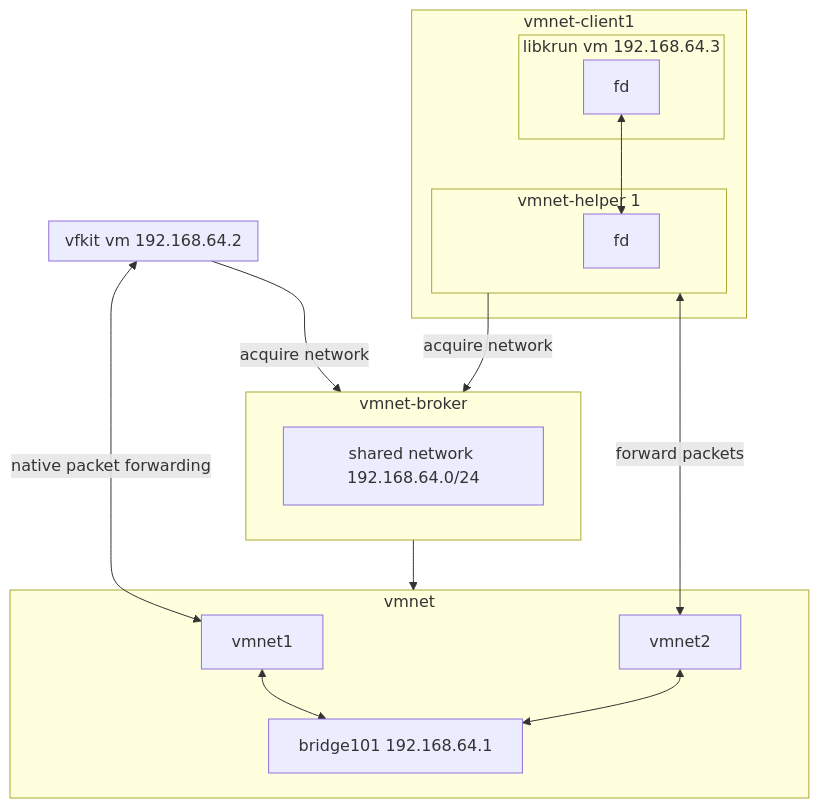
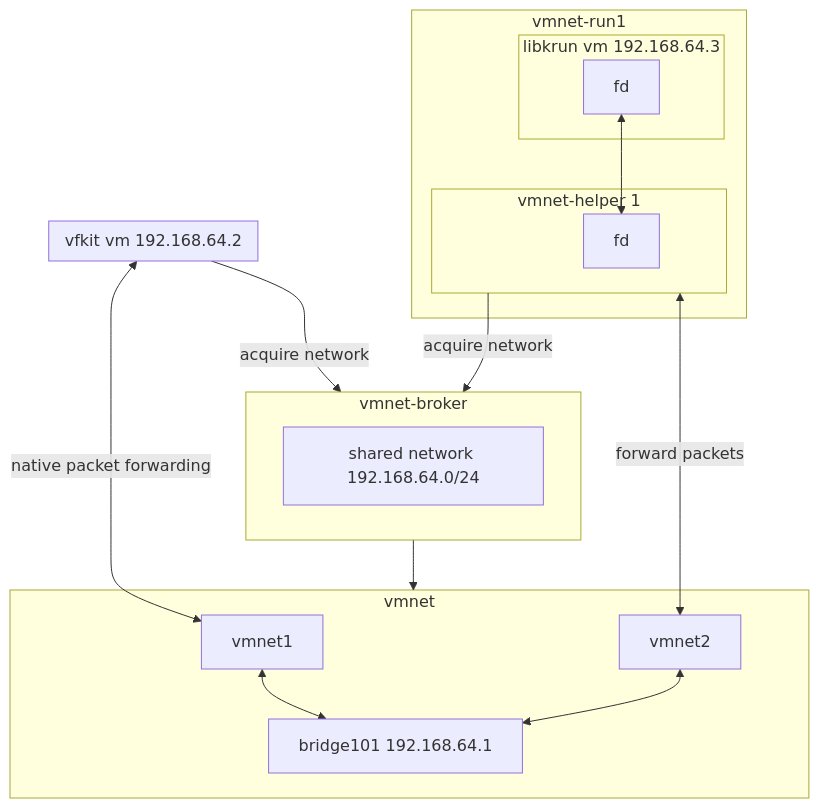
Before and after one commit to nirs/vmnet-helper: the third of 3 diagrams in docs/architecture.md, drawn with Mermaid. The commit also changed other lines of this file and 12 other files, not shown here.

First line of the commit message:
Rename vmnet-client to vmnet-run

````diff
--- a/docs/architecture.md
+++ b/docs/architecture.md
@@ -162,37 +162,37 @@
 ```mermaid
 flowchart TB
   subgraph vm1["vfkit vm 192.168.64.2"]
   end
 
-  subgraph vmnet-client1
+  subgraph vmnet-run1
     subgraph vm2["libkrun vm 192.168.64.3"]
       fd1["fd"]
     end
     subgraph helper1["vmnet-helper 1"]
       fd2["fd"]
     end
 
     fd1 <--> fd2
   end
 
   subgraph vmnet-broker
     network["shared network 192.168.64.0/24"]
   end
 
   subgraph vmnet
     vmnet1
     vmnet2
     bridge["bridge101 192.168.64.1"]
 
     vmnet1 <--> bridge
     vmnet2 <--> bridge
   end
 
   vm1 <-->|"native packet forwarding"| vmnet1
   vm1 -->|"acquire network"| vmnet-broker
 
   helper1 <-->|"forward packets"| vmnet2
   helper1 -->|"acquire network"| vmnet-broker
 
   vmnet-broker --> vmnet
 ```
````
